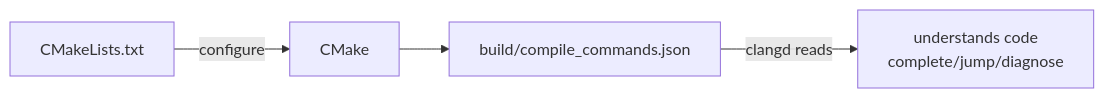
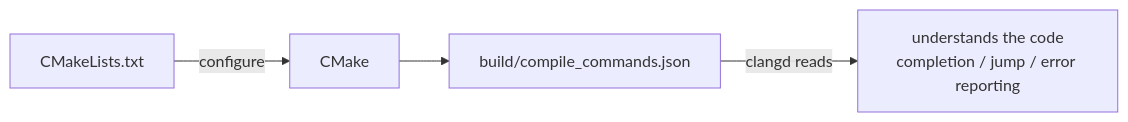
The diagram in documents/en/getting-started/05-vscode-clangd.md (Awesome-Embedded-Learning-Studio/Tutorial_AwesomeModernCPP), drawn with Mermaid before and after one commit. The commit also changed other lines of this file and 605 other files, not shown here.

````diff
--- a/documents/en/getting-started/05-vscode-clangd.md
+++ b/documents/en/getting-started/05-vscode-clangd.md
@@ -171,6 +179,6 @@
 ```mermaid
 flowchart LR
     A["CMakeLists.txt"] -->|configure| B["CMake"]
     B --> C["build/compile_commands.json"]
-    C -->|clangd reads| D["understands code<br/>complete/jump/diagnose"]
+    C -->|clangd reads| D["understands the code<br/>completion / jump / error reporting"]
 ```
````
